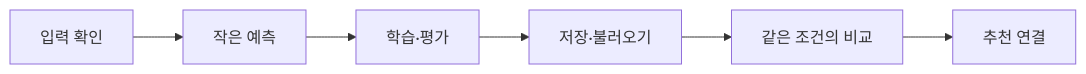
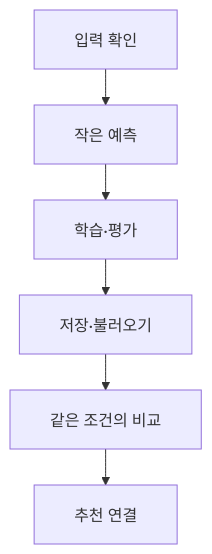
The diagram in docs/LEARNING_ROADMAP.md (WaterMinCho/programming-study), drawn with Mermaid before and after one commit. The commit also changed 15 other files, not shown here.

````diff
--- a/docs/LEARNING_ROADMAP.md
+++ b/docs/LEARNING_ROADMAP.md
@@ -5,8 +5,17 @@
 ```mermaid
-flowchart LR
+---
+config:
+  htmlLabels: false
+  flowchart:
+    padding: 20
+    wrappingWidth: 240
+    nodeSpacing: 32
+    rankSpacing: 36
+---
+flowchart TD
     A["입력 확인"] --> B["작은 예측"]
     B --> C["학습·평가"]
     C --> D["저장·불러오기"]
     D --> E["같은 조건의 비교"]
     E --> F["추천 연결"]
 ```
````
